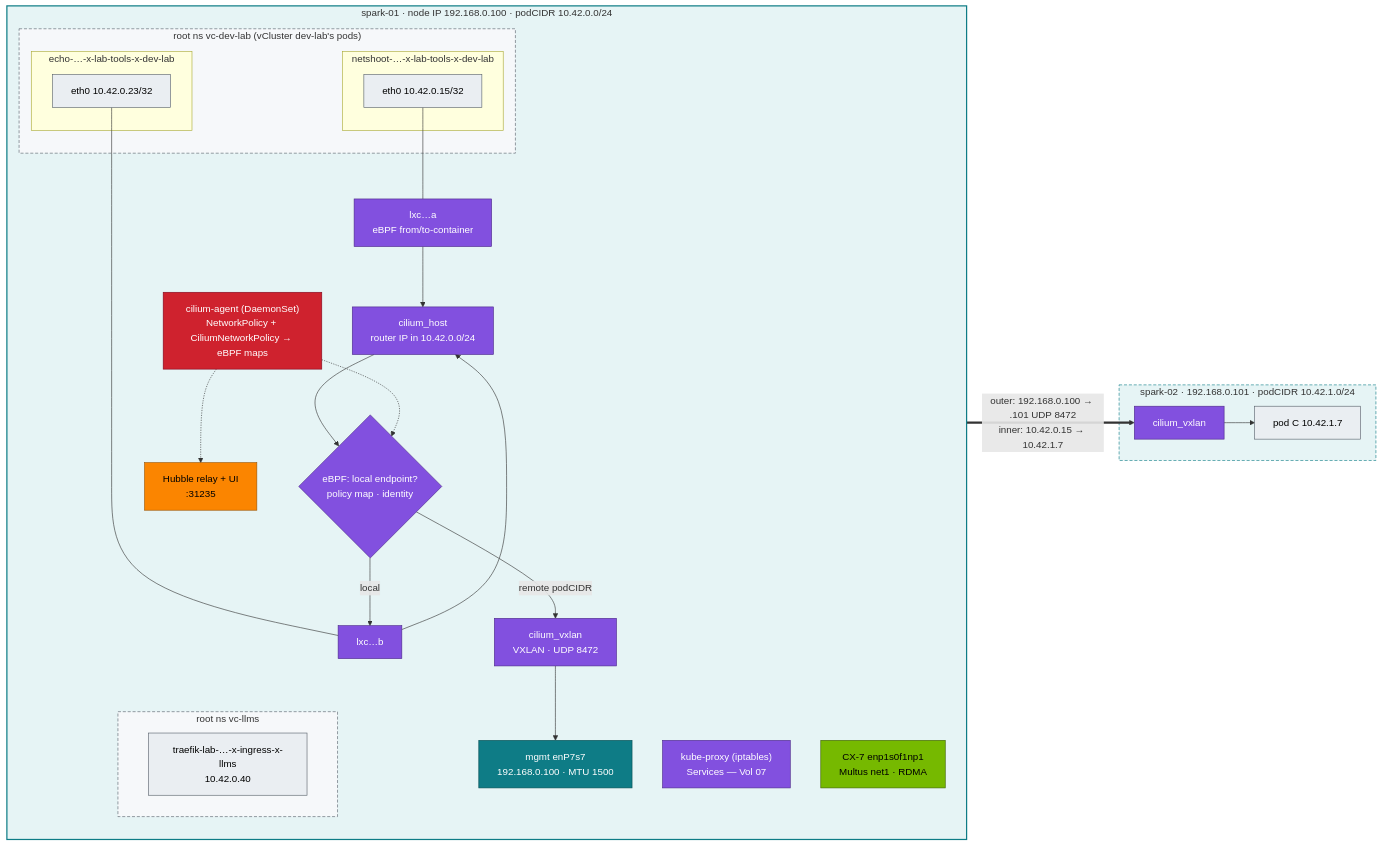
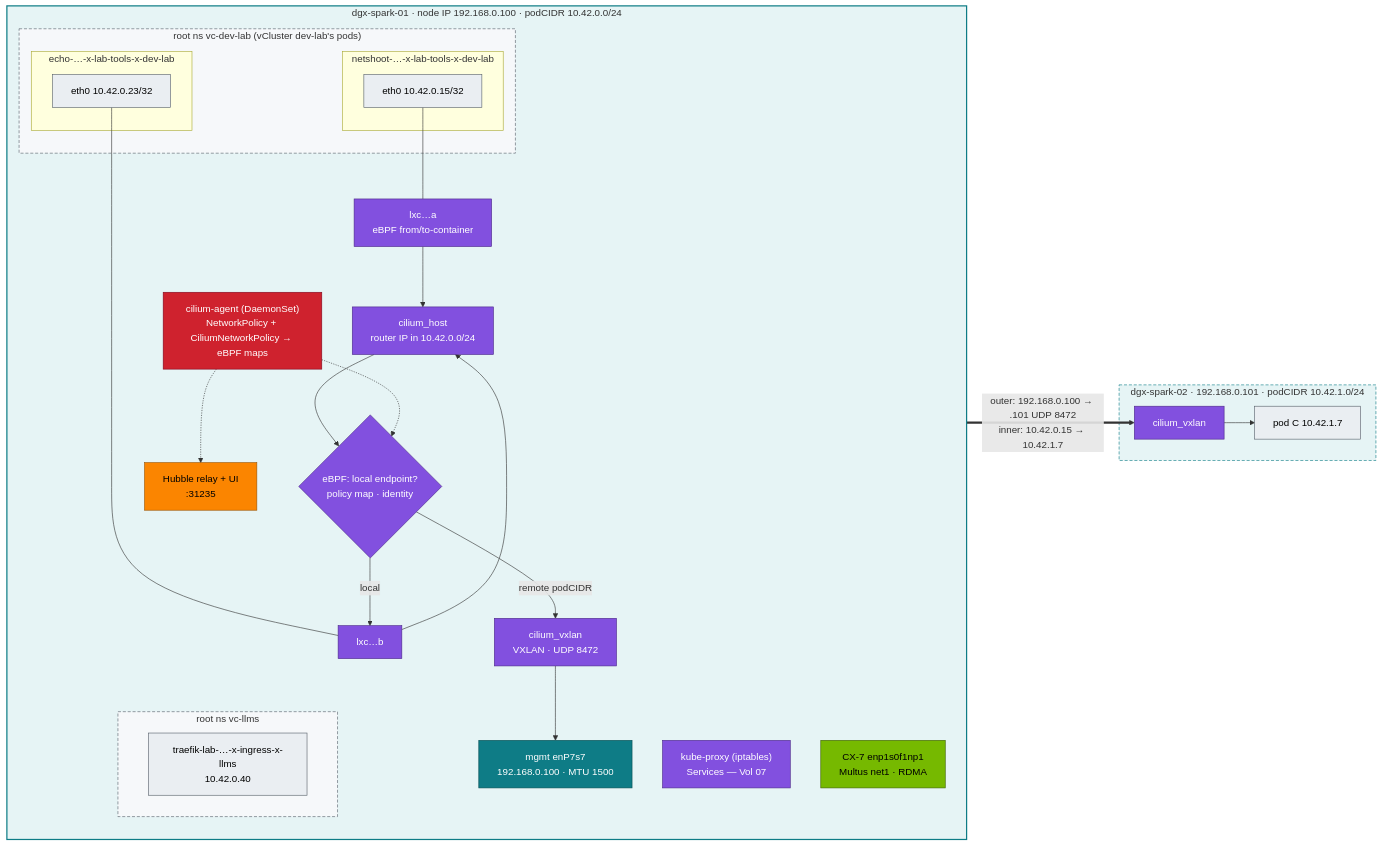
Before and after one commit to cloudone365/technical-depth: the diagram in 02 Kubernetes/06-kubernetes-networking-deep-dive.md, drawn with Mermaid. The commit also changed other lines of this file and 88 other files, not shown here.

First line of the commit message:
Rename the Spark hosts to dgx-spark-01 / dgx-spark-02

````diff
--- a/02 Kubernetes/06-kubernetes-networking-deep-dive.md
+++ b/02 Kubernetes/06-kubernetes-networking-deep-dive.md
@@ -34,51 +34,51 @@
 ```mermaid
 flowchart LR
-  subgraph S1["spark-01 · node IP 192.168.0.100 · podCIDR 10.42.0.0/24"]
+  subgraph S1["dgx-spark-01 · node IP 192.168.0.100 · podCIDR 10.42.0.0/24"]
     direction TB
     subgraph VCD["root ns vc-dev-lab (vCluster dev-lab's pods)"]
       subgraph P1["netshoot-…-x-lab-tools-x-dev-lab"]
         E1["eth0 10.42.0.15/32"]
       end
       subgraph P2["echo-…-x-lab-tools-x-dev-lab"]
         E2["eth0 10.42.0.23/32"]
       end
     end
     subgraph VCL["root ns vc-llms"]
       P4["traefik-lab-…-x-ingress-x-llms<br/>10.42.0.40"]
     end
     V1["lxc…a<br/>eBPF from/to-container"] --> CH
     V2["lxc…b"] --> CH
     E1 --- V1
     E2 --- V2
     CH["cilium_host<br/>router IP in 10.42.0.0/24"] --> RT{"eBPF: local endpoint?<br/>policy map · identity"}
     RT -- "local" --> V2
     RT -- "remote podCIDR" --> VX["cilium_vxlan<br/>VXLAN · UDP 8472"]
     VX --> NIC["mgmt enP7s7<br/>192.168.0.100 · MTU 1500"]
     AG["cilium-agent (DaemonSet)<br/>NetworkPolicy + CiliumNetworkPolicy → eBPF maps"]
     HB["Hubble relay + UI<br/>:31235"]
     KP["kube-proxy (iptables)<br/>Services — Vol 07"]
     CX["CX-7 enp1s0f1np1<br/>Multus net1 · RDMA"]
   end
-  subgraph S2["spark-02 · 192.168.0.101 · podCIDR 10.42.1.0/24"]
+  subgraph S2["dgx-spark-02 · 192.168.0.101 · podCIDR 10.42.1.0/24"]
     VX2["cilium_vxlan"] --> P3["pod C 10.42.1.7"]
   end
   NIC == "outer: 192.168.0.100 → .101 UDP 8472<br/>inner: 10.42.0.15 → 10.42.1.7" ==> VX2
   AG -.-> RT
   AG -.-> HB
   classDef net fill:#8250df,stroke:#4c2889,color:#fff
   classDef node fill:#0e7c86,stroke:#064e54,color:#fff
   classDef sec fill:#cf222e,stroke:#82071e,color:#fff
   classDef obs fill:#fb8500,stroke:#9a5200,color:#000
   classDef gpu fill:#76b900,stroke:#3d6000,color:#000
   classDef tenant fill:#eaeef2,stroke:#57606a,color:#000
   class CH,VX,VX2,RT,V1,V2,KP net
   class NIC node
   class CX gpu
   class AG sec
   class HB obs
   class E1,E2,P3,P4 tenant
   style S1 fill:#e6f4f5,stroke:#0e7c86,stroke-width:2px
   style S2 fill:#e6f4f5,stroke:#0e7c86,stroke-dasharray:5 3
   style VCD fill:#f6f8fa,stroke:#57606a,stroke-dasharray:5 3
   style VCL fill:#f6f8fa,stroke:#57606a,stroke-dasharray:5 3
 ```
````
